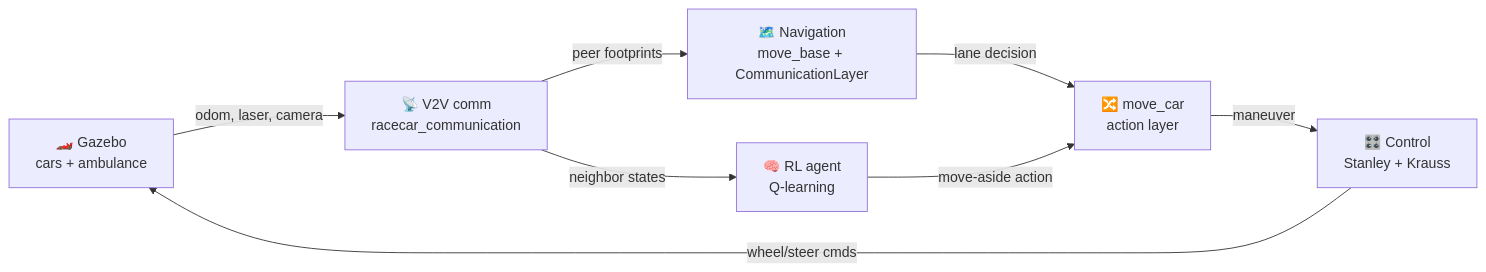
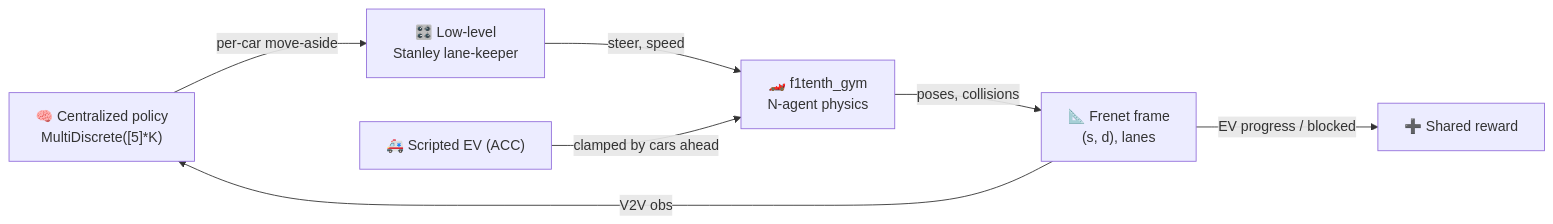
Before and after one commit to MohammedEl-sayedAhmed/collaborative-autonomous-traffic-clearance: the diagram in README.md, drawn with Mermaid. The commit also changed other lines of this file and 873 other files, not shown here.

````diff
--- a/README.md
+++ b/README.md
@@ -21,10 +67,9 @@
 ```mermaid
 flowchart LR
-  GZ["🏎️ Gazebo<br/>cars + ambulance"] -->|odom, laser, camera| V2V["📡 V2V comm<br/>racecar_communication"]
-  V2V -->|peer footprints| NAV["🗺️ Navigation<br/>move_base + CommunicationLayer"]
-  V2V -->|neighbor states| RL["🧠 RL agent<br/>Q-learning"]
-  NAV -->|lane decision| MC["🔀 move_car<br/>action layer"]
-  RL -->|move-aside action| MC
-  MC -->|maneuver| CTRL["🎛️ Control<br/>Stanley + Krauss"]
-  CTRL -->|wheel/steer cmds| GZ
+  POL["🧠 Centralized policy<br/>MultiDiscrete([5]*K)"] -->|per-car move-aside| LL["🎛️ Low-level<br/>Stanley lane-keeper"]
+  LL -->|steer, speed| GYM["🏎️ f1tenth_gym<br/>N-agent physics"]
+  GYM -->|poses, collisions| FR["📐 Frenet frame<br/>(s, d), lanes"]
+  FR -->|V2V obs| POL
+  EV["🚑 Scripted EV (ACC)"] -->|clamped by cars ahead| GYM
+  FR -->|EV progress / blocked| RW["➕ Shared reward"]
 ```
````
